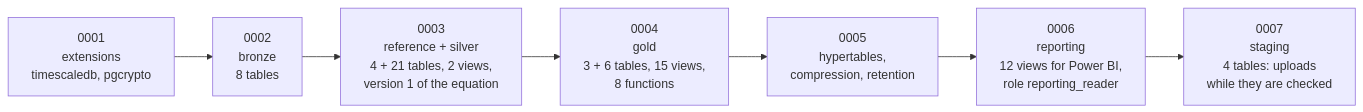
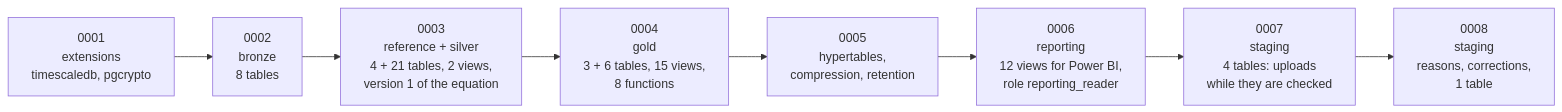
Before and after one commit to juanpablocarrillohortua/clarios_app: diagram 11 of 12 in docs/database_overview.md, drawn with Mermaid. The commit also changed other lines of this file and 53 other files, not shown here.

````diff
--- a/docs/database_overview.md
+++ b/docs/database_overview.md
@@ -818,11 +847,12 @@
 ```mermaid
 flowchart LR
     m1["0001<br/>extensions<br/>timescaledb, pgcrypto"]
     m2["0002<br/>bronze<br/>8 tables"]
     m3["0003<br/>reference + silver<br/>4 + 21 tables, 2 views,<br/>version 1 of the equation"]
     m4["0004<br/>gold<br/>3 + 6 tables, 15 views,<br/>8 functions"]
     m5["0005<br/>hypertables,<br/>compression, retention"]
     m6["0006<br/>reporting<br/>12 views for Power BI,<br/>role reporting_reader"]
     m7["0007<br/>staging<br/>4 tables: uploads<br/>while they are checked"]
-    m1 --> m2 --> m3 --> m4 --> m5 --> m6 --> m7
+    m8["0008<br/>staging<br/>reasons, corrections,<br/>1 table"]
+    m1 --> m2 --> m3 --> m4 --> m5 --> m6 --> m7 --> m8
 ```
````
